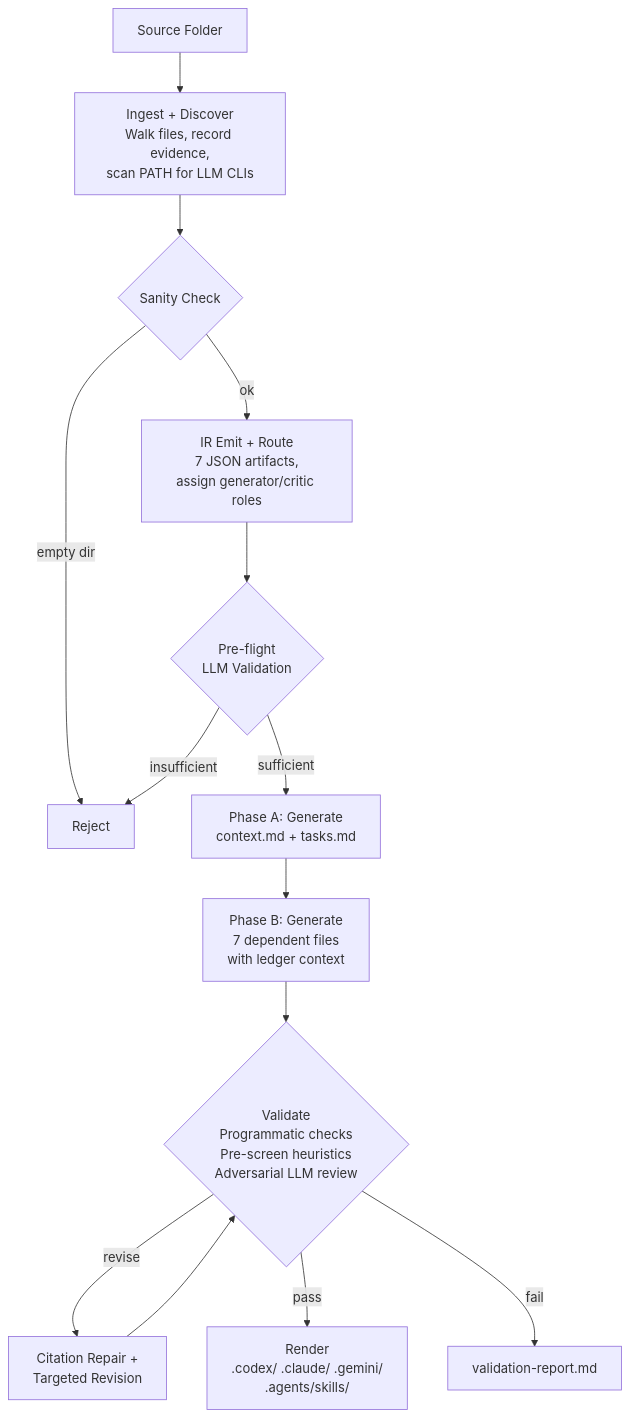
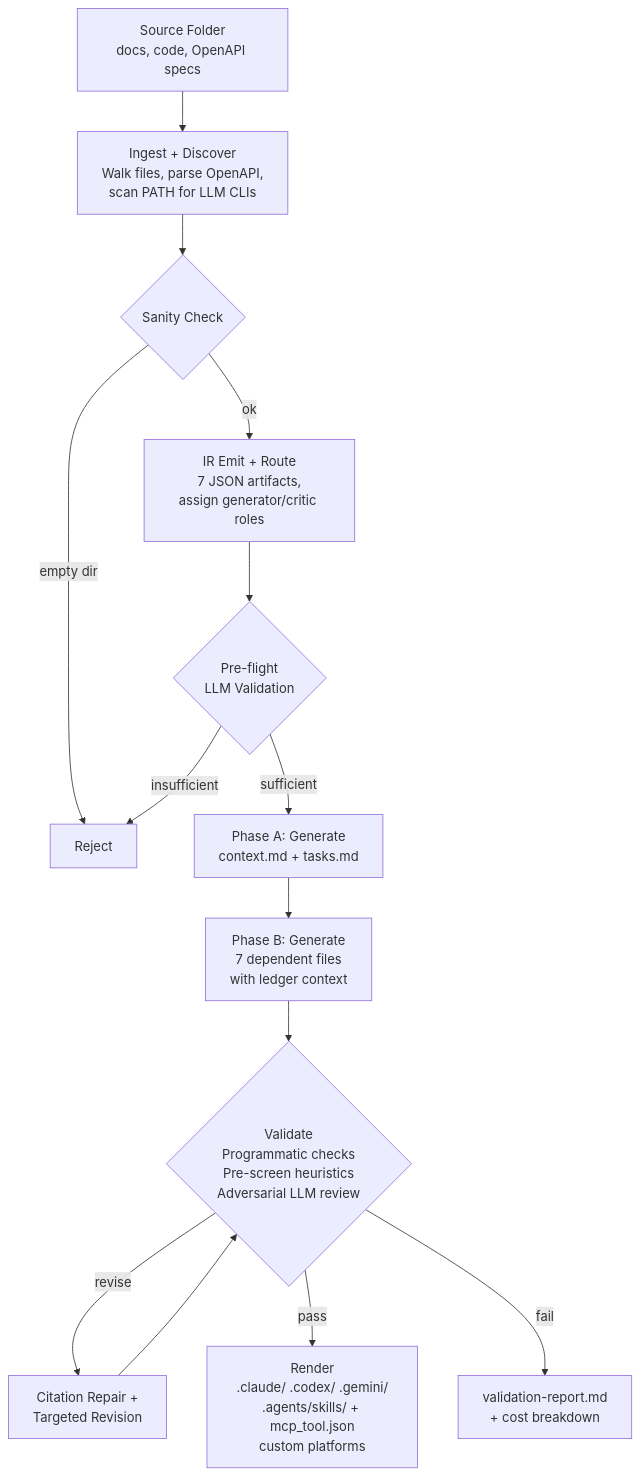
One commit to op7ic/SwarmMaker changed the second of 3 diagrams in README.md. Above: the diagram before and after it, drawn with Mermaid. The commit also changed other lines of this file, not shown here.

First line of the commit message:
Update README with accurate charts, output tree, and feature placement

````diff
--- a/README.md
+++ b/README.md
@@ -58,16 +58,16 @@
 ```mermaid
 graph TD
-    SRC["Source Folder"] --> INGEST["Ingest + Discover<br/>Walk files, record evidence,<br/>scan PATH for LLM CLIs"]
+    SRC["Source Folder<br/>docs, code, OpenAPI specs"] --> INGEST["Ingest + Discover<br/>Walk files, parse OpenAPI,<br/>scan PATH for LLM CLIs"]
     INGEST --> SANITY{"Sanity Check"}
     SANITY -->|empty dir| REJECT["Reject"]
     SANITY -->|ok| IR["IR Emit + Route<br/>7 JSON artifacts,<br/>assign generator/critic roles"]
     IR --> PREFLIGHT{"Pre-flight<br/>LLM Validation"}
     PREFLIGHT -->|insufficient| REJECT
     PREFLIGHT -->|sufficient| PHASE_A["Phase A: Generate<br/>context.md + tasks.md"]
     PHASE_A --> PHASE_B["Phase B: Generate<br/>7 dependent files<br/>with ledger context"]
     PHASE_B --> VALIDATE{"Validate<br/>Programmatic checks<br/>Pre-screen heuristics<br/>Adversarial LLM review"}
     VALIDATE -->|revise| REPAIR["Citation Repair +<br/>Targeted Revision"]
     REPAIR --> VALIDATE
-    VALIDATE -->|pass| RENDER["Render<br/>.codex/ .claude/ .gemini/<br/>.agents/skills/"]
-    VALIDATE -->|fail| REPORT["validation-report.md"]
+    VALIDATE -->|pass| RENDER["Render<br/>.claude/ .codex/ .gemini/<br/>.agents/skills/ + mcp_tool.json<br/>custom platforms"]
+    VALIDATE -->|fail| REPORT["validation-report.md<br/>+ cost breakdown"]
 ```
````
